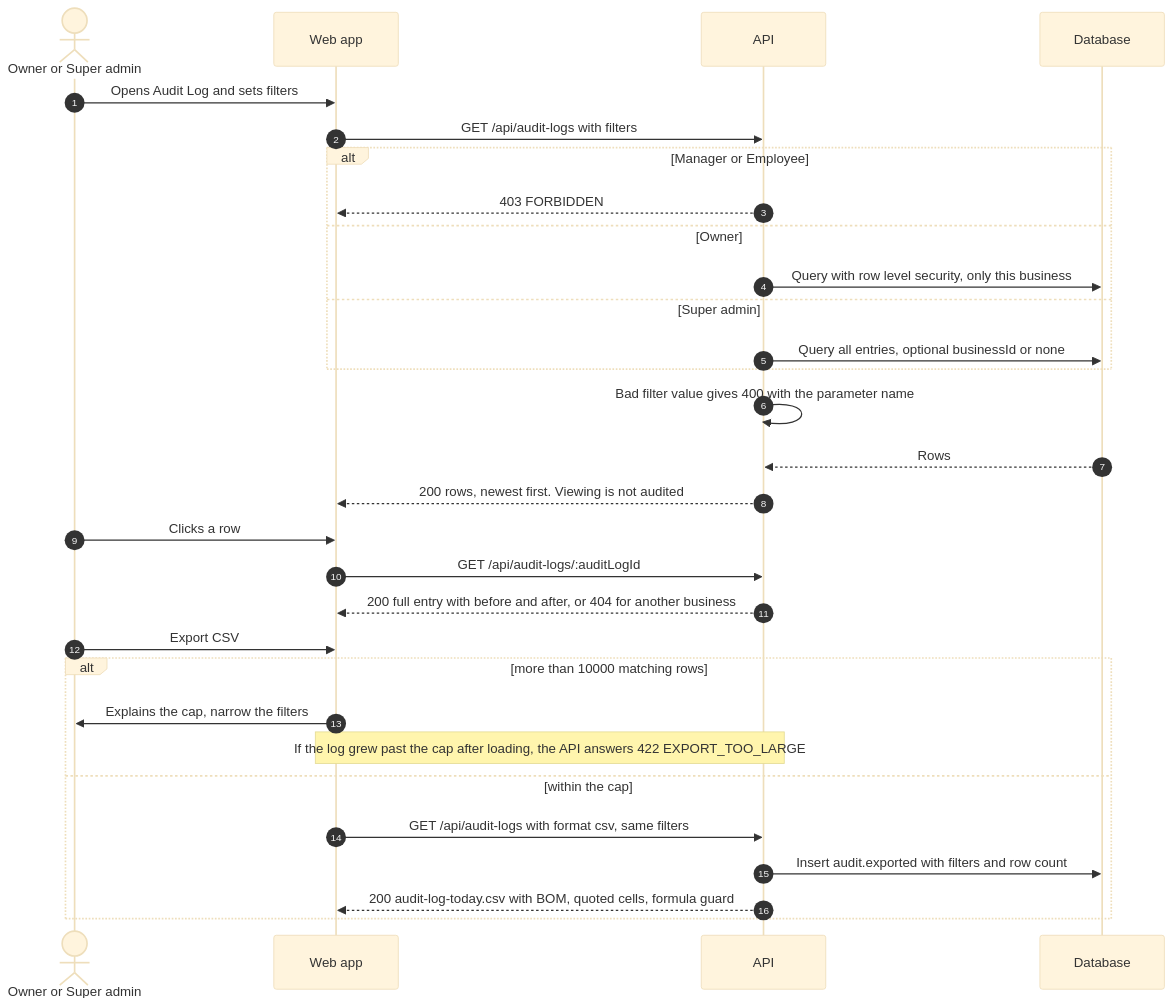
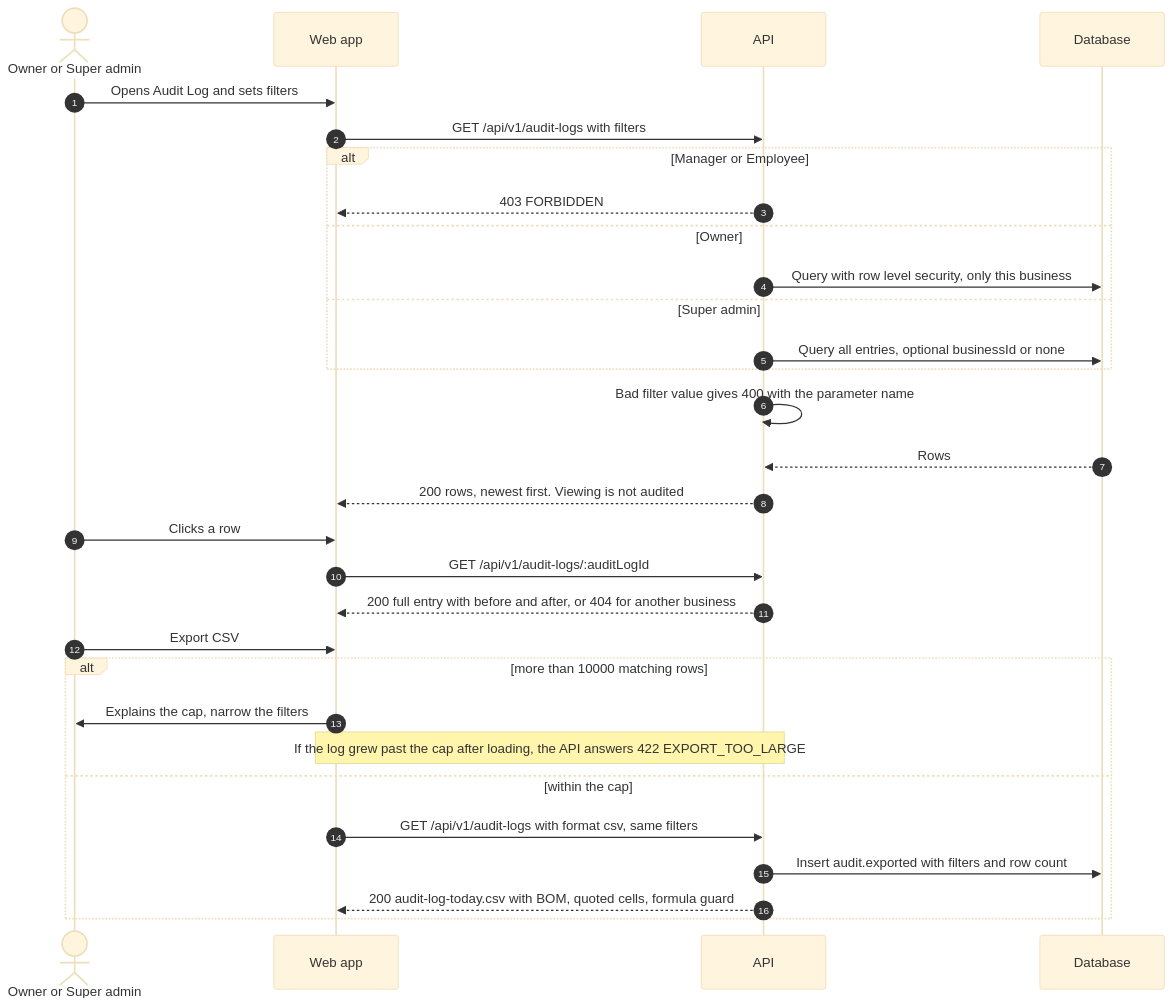
One commit to amitjurislpo/juris-track changed diagram 11 of 21 in references/FLOW-JurisTrack.md. Above: the diagram before and after it, drawn with Mermaid (base theme). The commit also changed other lines of this file and 100 other files, not shown here.

````diff
--- a/references/FLOW-JurisTrack.md
+++ b/references/FLOW-JurisTrack.md
@@ -401,33 +401,33 @@
 ```mermaid
 sequenceDiagram
     autonumber
     actor U as Owner or Super admin
     participant W as Web app
     participant A as API
     participant D as Database
 
     U->>W: Opens Audit Log and sets filters
-    W->>A: GET /api/audit-logs with filters
+    W->>A: GET /api/v1/audit-logs with filters
     alt Manager or Employee
         A-->>W: 403 FORBIDDEN
     else Owner
         A->>D: Query with row level security, only this business
     else Super admin
         A->>D: Query all entries, optional businessId or none
     end
     A->>A: Bad filter value gives 400 with the parameter name
     D-->>A: Rows
     A-->>W: 200 rows, newest first. Viewing is not audited
     U->>W: Clicks a row
-    W->>A: GET /api/audit-logs/:auditLogId
+    W->>A: GET /api/v1/audit-logs/:auditLogId
     A-->>W: 200 full entry with before and after, or 404 for another business
     U->>W: Export CSV
     alt more than 10000 matching rows
         W->>U: Explains the cap, narrow the filters
         Note over W,A: If the log grew past the cap after loading, the API answers 422 EXPORT_TOO_LARGE
     else within the cap
-        W->>A: GET /api/audit-logs with format csv, same filters
+        W->>A: GET /api/v1/audit-logs with format csv, same filters
         A->>D: Insert audit.exported with filters and row count
         A-->>W: 200 audit-log-today.csv with BOM, quoted cells, formula guard
     end
 ```
````
